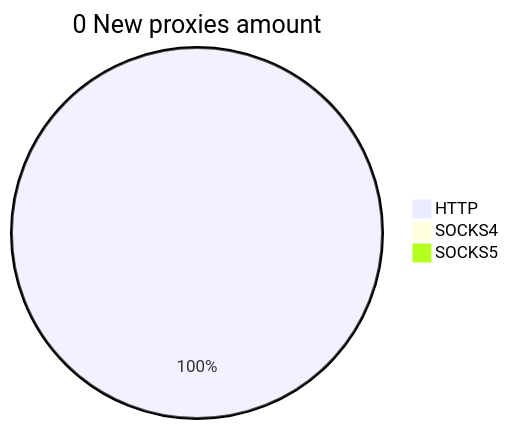
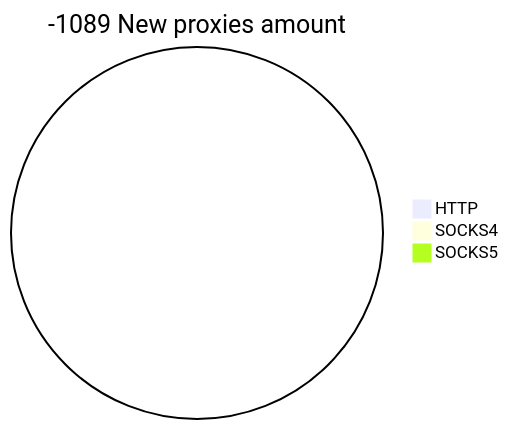
Before and after one commit to cutipu/proxylist: the second of 2 diagrams in README.md, drawn with Mermaid. The commit also changed other lines of this file, not shown here.

````diff
--- a/README.md
+++ b/README.md
@@ -10,6 +10,6 @@
 ```mermaid
-pie title 0 New proxies amount
-    "HTTP" : 49
+pie title -1089 New proxies amount
+    "HTTP" : 0
     "SOCKS4" : 0
     "SOCKS5" : 0
 ```
````
